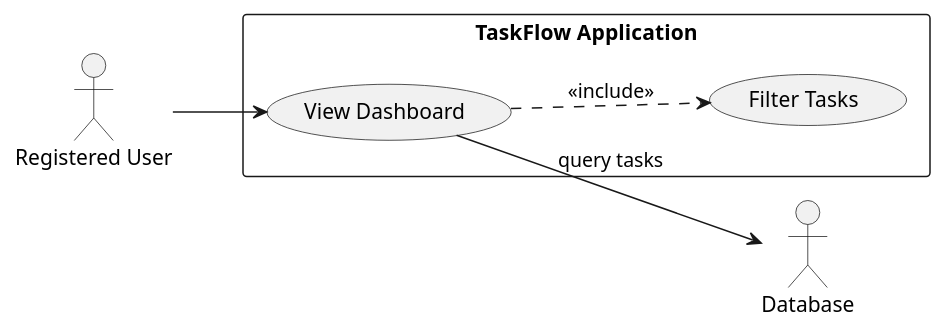
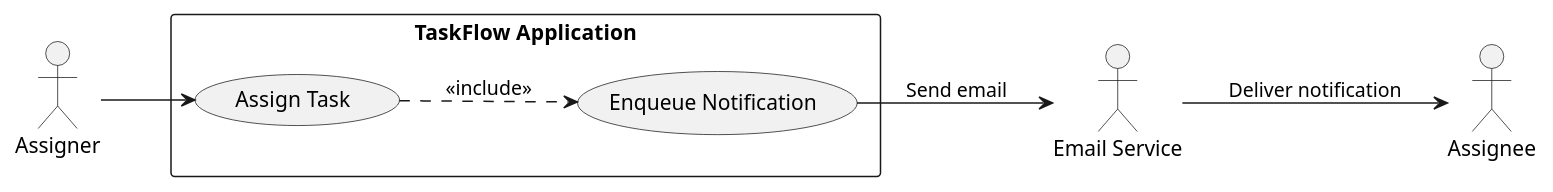
Before and after one commit to Chaman532003/framework: the fourth of 5 diagrams in artifacts/spec/spec.md, drawn with PlantUML. The commit also changed other lines of this file, not shown here.

````diff
--- a/artifacts/spec/spec.md
+++ b/artifacts/spec/spec.md
@@ -272,13 +452,21 @@
 ```plantuml
 @startuml
 left to right direction
-actor "Registered User" as User
+skinparam packageStyle rectangle
+
+actor "Assigner" as A
+actor "Assignee" as B
+actor "Email Service" as Email
+
 rectangle "TaskFlow Application" {
-  usecase (View Dashboard) as VD
-  usecase (Filter Tasks) as FT
+  usecase (Assign Task) as UC4a
+  usecase (Enqueue Notification) as UC4b
 }
-User --> VD
-VD ..> FT : <<include>>
-VD --> "Database" : query tasks
+
+A --> UC4a
+UC4a ..> UC4b : <<include>>
+UC4b --> Email : Send email
+Email --> B : Deliver notification
+
 @enduml
 ```
````
